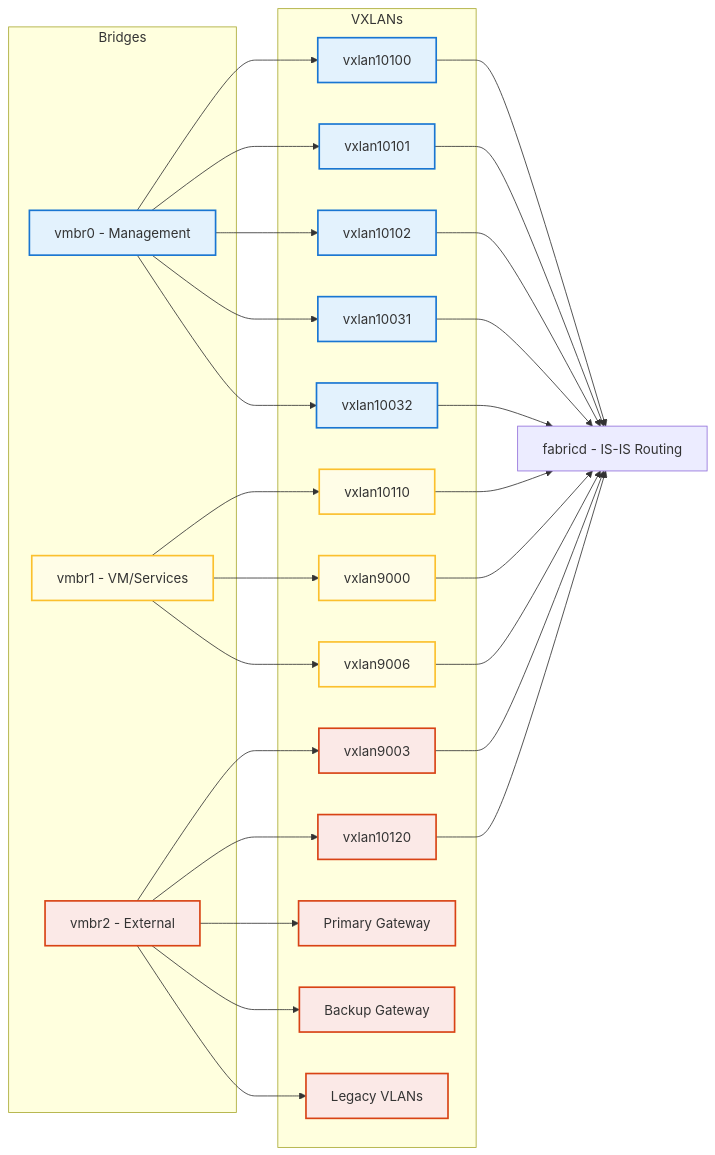
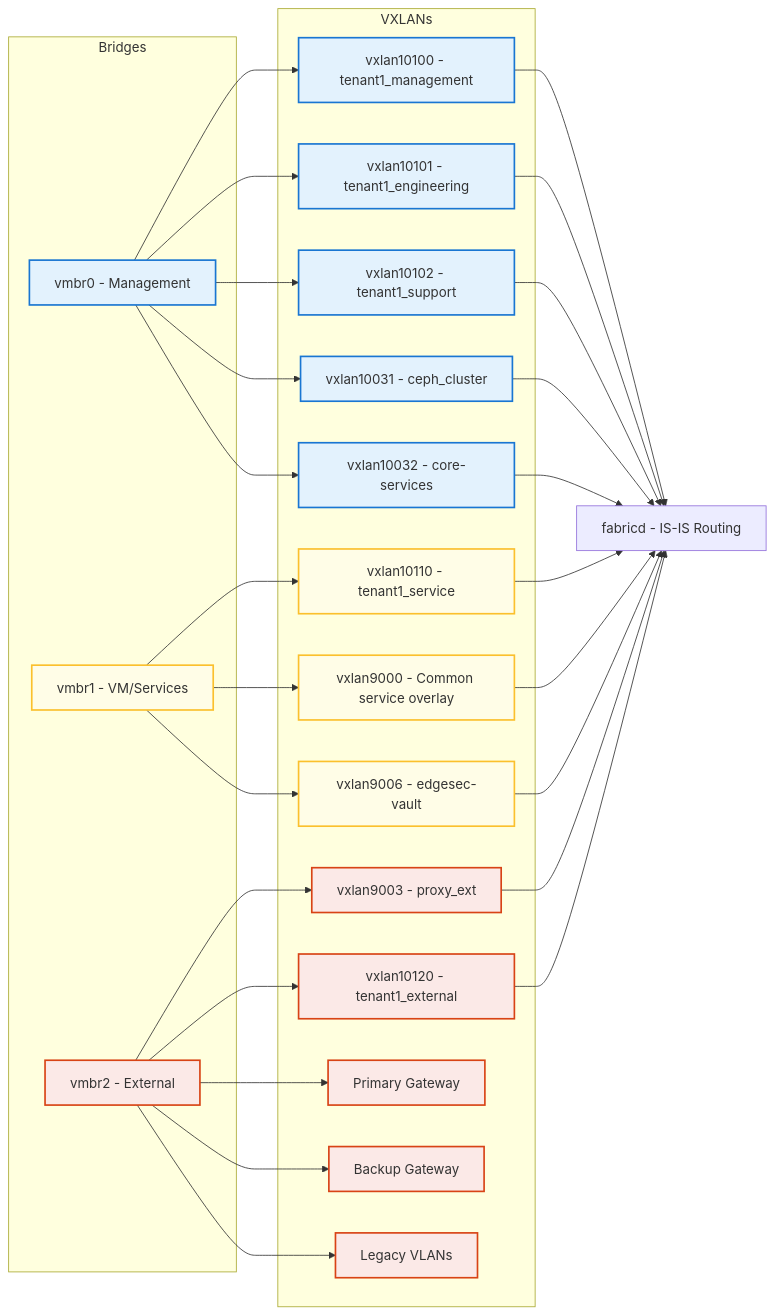
Before and after one commit to CEP-Comwell/proxmox_addons: the first of 4 diagrams in README.md, drawn with Mermaid.

````diff
--- a/README.md
+++ b/README.md
@@ -18,55 +18,55 @@
 ```mermaid
 graph LR
 subgraph Bridges
 	MgmtBridge[vmbr0 - Management]
 	VMBridge[vmbr1 - VM/Services]
 	ExtBridge[vmbr2 - External]
 end
 subgraph VXLANs
-	VX10100[vxlan10100]
-	VX10101[vxlan10101]
-	VX10102[vxlan10102]
-	VXCEPH2[vxlan10031]
-	VX10032[vxlan10032]
-	VX10110[vxlan10110]
-	VX9000[vxlan9000]
-	VX9006[vxlan9006]
-	VX9003[vxlan9003]
-	VX10120[vxlan10120]
+	VX10100[vxlan10100 - tenant1_management]
+	VX10101[vxlan10101 - tenant1_engineering]
+	VX10102[vxlan10102 - tenant1_support]
+	VXCEPH2[vxlan10031 - ceph_cluster]
+	VX10032[vxlan10032 - core-services]
+	VX10110[vxlan10110 - tenant1_service]
+	VX9000[vxlan9000 - Common service overlay]
+	VX9006[vxlan9006 - edgesec-vault]
+	VX9003[vxlan9003 - proxy_ext]
+	VX10120[vxlan10120 - tenant1_external]
 	Gateway1[Primary Gateway]
 	Gateway2[Backup Gateway]
 	LegacyVLAN[Legacy VLANs]
 end
 Fabricd[fabricd - IS-IS Routing]
 MgmtBridge --> VX10100
 MgmtBridge --> VX10101
 MgmtBridge --> VX10102
 MgmtBridge --> VXCEPH2
 MgmtBridge --> VX10032
 VMBridge --> VX10110
 VMBridge --> VX9000
 VMBridge --> VX9006
 ExtBridge --> VX9003
 ExtBridge --> VX10120
 ExtBridge --> Gateway1
 ExtBridge --> Gateway2
 ExtBridge --> LegacyVLAN
 VX10100 --> Fabricd
 VX10101 --> Fabricd
 VX10102 --> Fabricd
 VX10110 --> Fabricd
 VX9000 --> Fabricd
 VX9006 --> Fabricd
 VX9003 --> Fabricd
 VX10120 --> Fabricd
 VXCEPH2 --> Fabricd
 VX10032 --> Fabricd
 
 %% Color coding
 classDef mgmt fill:#e3f2fd,stroke:#1976d2,stroke-width:2px;
 classDef vm fill:#fffde7,stroke:#fbc02d,stroke-width:2px;
 classDef ext fill:#fbe9e7,stroke:#d84315,stroke-width:2px;
 class MgmtBridge,VX10100,VX10101,VX10102,VXCEPH2,VX10032 mgmt;
 class VMBridge,VX10110,VX9000,VX9006 vm;
 class ExtBridge,Gateway1,Gateway2,LegacyVLAN,VX9003,VX10120 ext;
 ```
````
